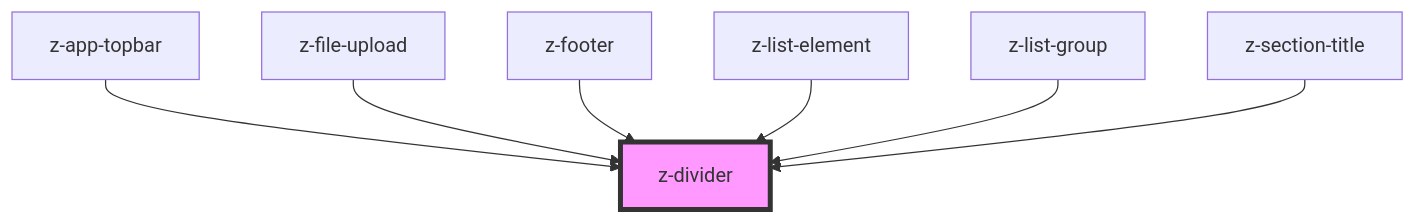
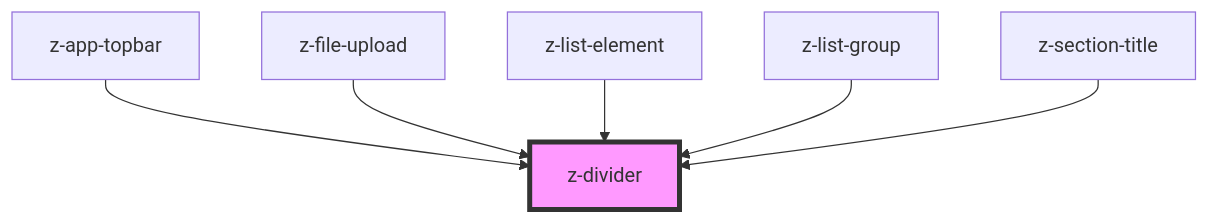
Before and after one commit to ZanichelliEditore/design-system: the diagram in src/components/z-divider/readme.md, drawn with Mermaid. The commit also changed other lines of this file and 17 other files, not shown here.

````diff
--- a/src/components/z-divider/readme.md
+++ b/src/components/z-divider/readme.md
@@ -27,10 +26,9 @@
 ```mermaid
 graph TD;
   z-app-topbar --> z-divider
   z-file-upload --> z-divider
-  z-footer --> z-divider
   z-list-element --> z-divider
   z-list-group --> z-divider
   z-section-title --> z-divider
   style z-divider fill:#f9f,stroke:#333,stroke-width:4px
 ```
````
